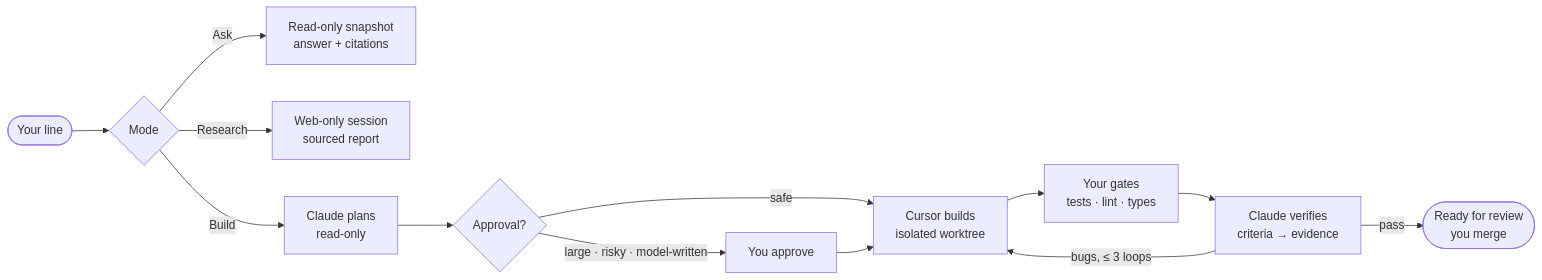
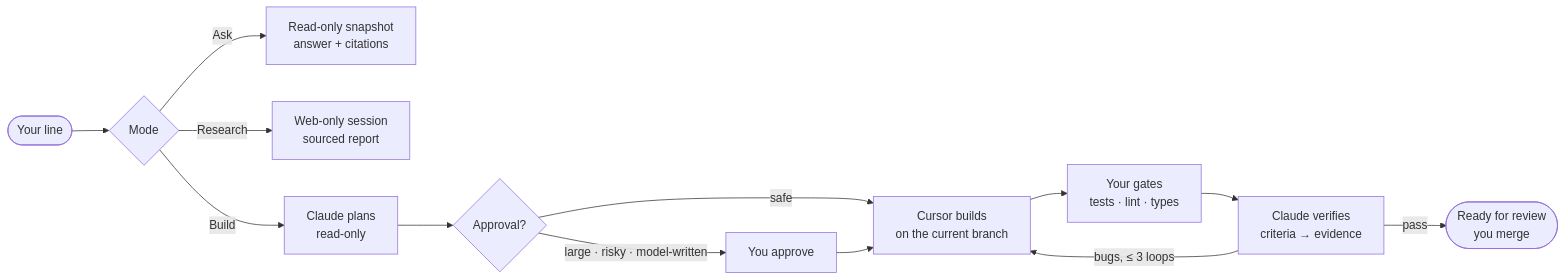
One commit to TechTeamConductor/Conductor changed the diagram in README.md. Above: the diagram before and after it, drawn with Mermaid. The commit also changed other lines of this file and 51 other files, not shown here.

````diff
--- a/README.md
+++ b/README.md
@@ -159,15 +159,15 @@
 ```mermaid
 flowchart LR
     A([Your line]) --> B{Mode}
     B -->|Ask| Q[Read-only snapshot<br/>answer + citations]
     B -->|Research| R[Web-only session<br/>sourced report]
     B -->|Build| P[Claude plans<br/>read-only]
     P --> H{Approval?}
     H -->|large · risky · model-written| U[You approve]
     H -->|safe| W
-    U --> W[Cursor builds<br/>isolated worktree]
+    U --> W[Cursor builds<br/>on the current branch]
     W --> G[Your gates<br/>tests · lint · types]
     G --> V[Claude verifies<br/>criteria → evidence]
     V -->|bugs, ≤ 3 loops| W
     V -->|pass| D([Ready for review<br/>you merge])
 ```
````
